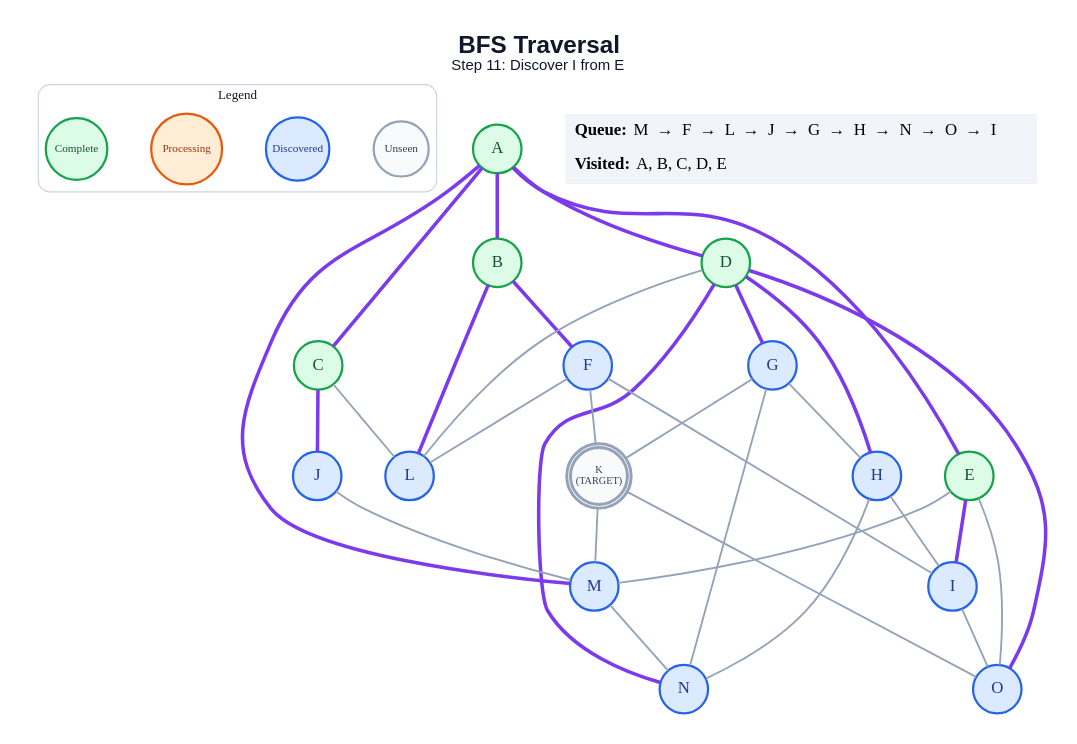
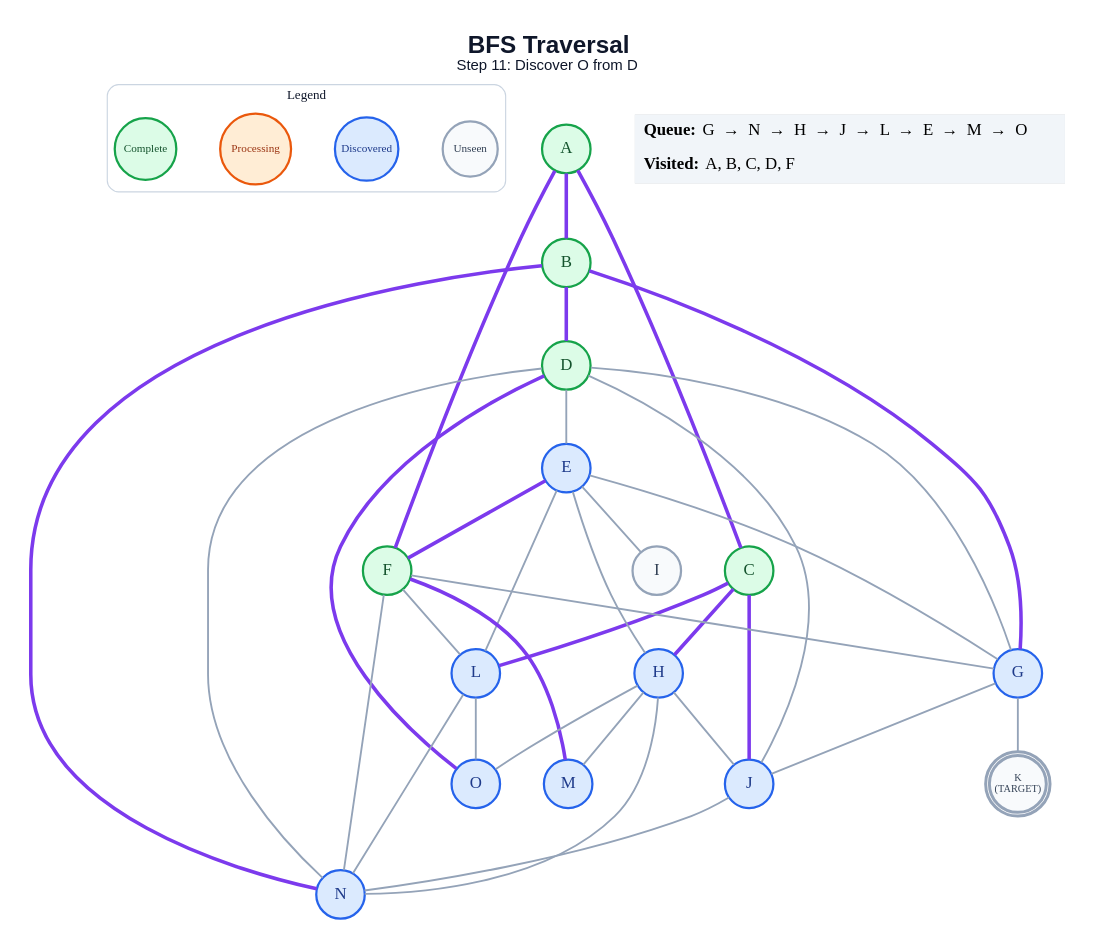
The diagram in generated/short-circuit/bfs/step_11.dot (anon7238593-create/ai-slop), drawn with Graphviz before and after one commit. The commit also changed 309 other files, not shown here.

```diff
--- a/generated/short-circuit/bfs/step_11.dot
+++ b/generated/short-circuit/bfs/step_11.dot
@@ -1,64 +1,66 @@
 graph traversal {
   graph [layout=dot, rankdir=TB, bgcolor="#FFFFFF", pad="0.35", nodesep="0.65", ranksep="0.8", fontname="Arial"];
   node [shape=circle, style="filled", fontname="Arial Bold", fontsize=18, width=0.72, fixedsize=true, penwidth=2.4];
   edge [color="#94A3B8", penwidth=2.0];
-  label=<<B>BFS Traversal</B><BR/><FONT POINT-SIZE="16">Step 11: Discover I from E</FONT>>; labelloc="t"; fontsize=26; fontname="Arial"; fontcolor="#0F172A";
+  label=<<B>BFS Traversal</B><BR/><FONT POINT-SIZE="16">Step 11: Discover O from D</FONT>>; labelloc="t"; fontsize=26; fontname="Arial"; fontcolor="#0F172A";
   subgraph cluster_legend { label="Legend"; color="#CBD5E1"; penwidth=1.2; style="rounded"; fontsize=14; fontname="Arial Bold";
     key_unseen [label="Unseen", fillcolor="#F8FAFC", color="#94A3B8", fontcolor="#334155", fontsize=12, width=0.82];
     key_frontier [label="Discovered", fillcolor="#DBEAFE", color="#2563EB", fontcolor="#1E3A8A", fontsize=12, width=0.95];
     key_current [label="Processing", fillcolor="#FFEDD5", color="#EA580C", fontcolor="#9A3412", fontsize=12, width=1.05];
     key_done [label="Complete", fillcolor="#DCFCE7", color="#16A34A", fontcolor="#14532D", fontsize=12, width=0.92];
     { rank=same; key_unseen; key_frontier; key_current; key_done; }
   }
   A [label="A", fillcolor="#DCFCE7", color="#16A34A", fontcolor="#14532D", peripheries=1, penwidth=2.4];
   B [label="B", fillcolor="#DCFCE7", color="#16A34A", fontcolor="#14532D", peripheries=1, penwidth=2.4];
   C [label="C", fillcolor="#DCFCE7", color="#16A34A", fontcolor="#14532D", peripheries=1, penwidth=2.4];
   D [label="D", fillcolor="#DCFCE7", color="#16A34A", fontcolor="#14532D", peripheries=1, penwidth=2.4];
-  E [label="E", fillcolor="#DCFCE7", color="#16A34A", fontcolor="#14532D", peripheries=1, penwidth=2.4];
-  F [label="F", fillcolor="#DBEAFE", color="#2563EB", fontcolor="#1E3A8A", peripheries=1, penwidth=2.4];
+  E [label="E", fillcolor="#DBEAFE", color="#2563EB", fontcolor="#1E3A8A", peripheries=1, penwidth=2.4];
+  F [label="F", fillcolor="#DCFCE7", color="#16A34A", fontcolor="#14532D", peripheries=1, penwidth=2.4];
   G [label="G", fillcolor="#DBEAFE", color="#2563EB", fontcolor="#1E3A8A", peripheries=1, penwidth=2.4];
   H [label="H", fillcolor="#DBEAFE", color="#2563EB", fontcolor="#1E3A8A", peripheries=1, penwidth=2.4];
-  I [label="I", fillcolor="#DBEAFE", color="#2563EB", fontcolor="#1E3A8A", peripheries=1, penwidth=2.4];
+  I [label="I", fillcolor="#F8FAFC", color="#94A3B8", fontcolor="#334155", peripheries=1, penwidth=2.4];
   J [label="J", fillcolor="#DBEAFE", color="#2563EB", fontcolor="#1E3A8A", peripheries=1, penwidth=2.4];
   K [label="K\n(TARGET)", fillcolor="#F8FAFC", color="#94A3B8", fontcolor="#334155", peripheries=2, penwidth=3.2, fontsize=11, width=0.85, height=0.85];
   L [label="L", fillcolor="#DBEAFE", color="#2563EB", fontcolor="#1E3A8A", peripheries=1, penwidth=2.4];
   M [label="M", fillcolor="#DBEAFE", color="#2563EB", fontcolor="#1E3A8A", peripheries=1, penwidth=2.4];
   N [label="N", fillcolor="#DBEAFE", color="#2563EB", fontcolor="#1E3A8A", peripheries=1, penwidth=2.4];
   O [label="O", fillcolor="#DBEAFE", color="#2563EB", fontcolor="#1E3A8A", peripheries=1, penwidth=2.4];
   A -- B [color="#7C3AED", penwidth=3.8];
   A -- C [color="#7C3AED", penwidth=3.8];
-  A -- D [color="#7C3AED", penwidth=3.8];
-  A -- E [color="#7C3AED", penwidth=3.8];
-  A -- M [color="#7C3AED", penwidth=3.8];
-  B -- F [color="#7C3AED", penwidth=3.8];
-  B -- L [color="#7C3AED", penwidth=3.8];
+  A -- F [color="#7C3AED", penwidth=3.8];
+  B -- D [color="#7C3AED", penwidth=3.8];
+  B -- G [color="#7C3AED", penwidth=3.8];
+  B -- N [color="#7C3AED", penwidth=3.8];
+  C -- H [color="#7C3AED", penwidth=3.8];
   C -- J [color="#7C3AED", penwidth=3.8];
-  C -- L;
-  D -- G [color="#7C3AED", penwidth=3.8];
-  D -- H [color="#7C3AED", penwidth=3.8];
-  D -- L;
-  D -- N [color="#7C3AED", penwidth=3.8];
+  C -- L [color="#7C3AED", penwidth=3.8];
+  D -- E;
+  D -- G;
+  D -- J;
+  D -- N;
   D -- O [color="#7C3AED", penwidth=3.8];
-  E -- I [color="#7C3AED", penwidth=3.8];
-  E -- M;
-  E -- O;
-  F -- I;
-  F -- K;
+  E -- F [color="#7C3AED", penwidth=3.8];
+  E -- G;
+  E -- H;
+  E -- I;
+  E -- L;
+  F -- G;
   F -- L;
-  G -- H;
+  F -- M [color="#7C3AED", penwidth=3.8];
+  F -- N;
+  G -- J;
   G -- K;
-  G -- N;
-  H -- I;
+  H -- J;
+  H -- M;
   H -- N;
-  I -- O;
-  J -- M;
-  K -- M;
-  K -- O;
-  M -- N;
+  H -- O;
+  J -- N;
+  L -- N;
+  L -- O;
   status [shape=plain, fixedsize=false, width=0, height=0, margin=0, label=<
     <TABLE BORDER="0" CELLBORDER="0" CELLPADDING="7" BGCOLOR="#F1F5F9">
-      <TR><TD ALIGN="LEFT"><B>Queue:</B> M  →  F  →  L  →  J  →  G  →  H  →  N  →  O  →  I</TD></TR>
-      <TR><TD ALIGN="LEFT"><B>Visited:</B> A, B, C, D, E</TD></TR>
+      <TR><TD ALIGN="LEFT"><B>Queue:</B> G  →  N  →  H  →  J  →  L  →  E  →  M  →  O</TD></TR>
+      <TR><TD ALIGN="LEFT"><B>Visited:</B> A, B, C, D, F</TD></TR>
     </TABLE>
   >];
 }
```
